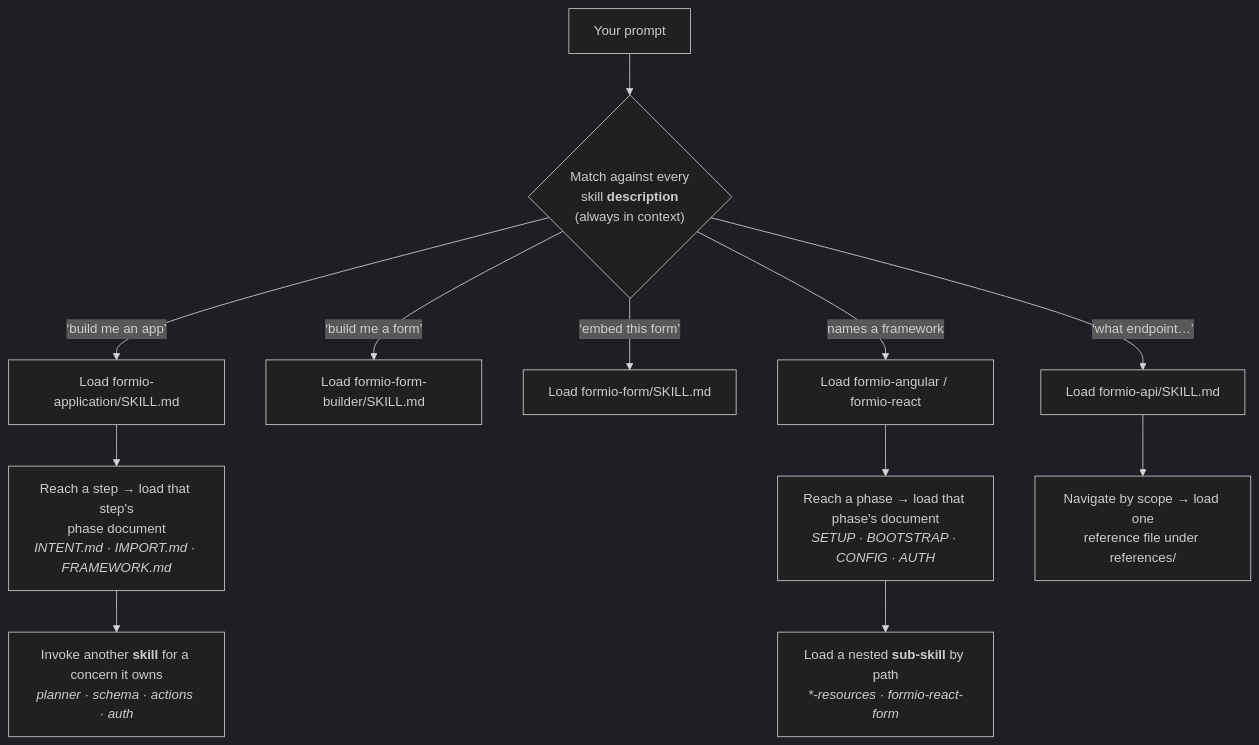
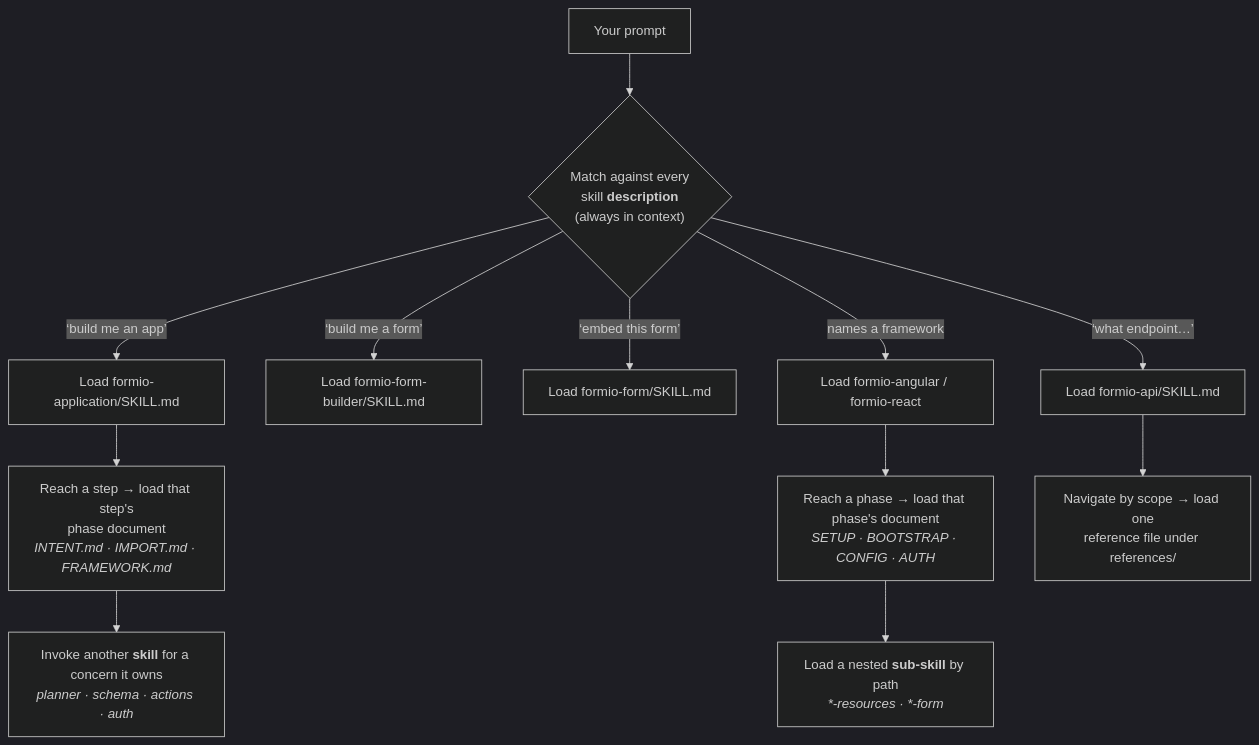
One commit to formio/ai changed the second of 14 diagrams in PROCESS.md. Above: the diagram before and after it, drawn with Mermaid (dark theme). The commit also changed other lines of this file and 33 other files, not shown here.

First line of the commit message:
FIO-12308: add the formio-angular-form embed sub-skill and fix the flow defects three audits found (#70)

````diff
--- a/PROCESS.md
+++ b/PROCESS.md
@@ -104,16 +104,16 @@
 ```mermaid
 flowchart TD
     P["Your prompt"] --> D{"Match against every<br/>skill <b>description</b><br/>(always in context)"}
     D -->|"‘build me an app’"| A["Load formio-application/SKILL.md"]
     D -->|"‘build me a form’"| B["Load formio-form-builder/SKILL.md"]
     D -->|"‘embed this form’"| C["Load formio-form/SKILL.md"]
     D -->|"names a framework"| E["Load formio-angular / formio-react"]
     D -->|"‘what endpoint…’"| F["Load formio-api/SKILL.md"]
 
     A --> G["Reach a step → load that step's<br/>phase document<br/><i>INTENT.md · IMPORT.md · FRAMEWORK.md</i>"]
     E --> G2["Reach a phase → load that phase's document<br/><i>SETUP · BOOTSTRAP · CONFIG · AUTH</i>"]
     F --> H["Navigate by scope → load one<br/>reference file under references/"]
 
     G --> I["Invoke another <b>skill</b> for a concern it owns<br/><i>planner · schema · actions · auth</i>"]
-    G2 --> J["Load a nested <b>sub-skill</b> by path<br/><i>*-resources · formio-react-form</i>"]
+    G2 --> J["Load a nested <b>sub-skill</b> by path<br/><i>*-resources · *-form</i>"]
 ```
````
